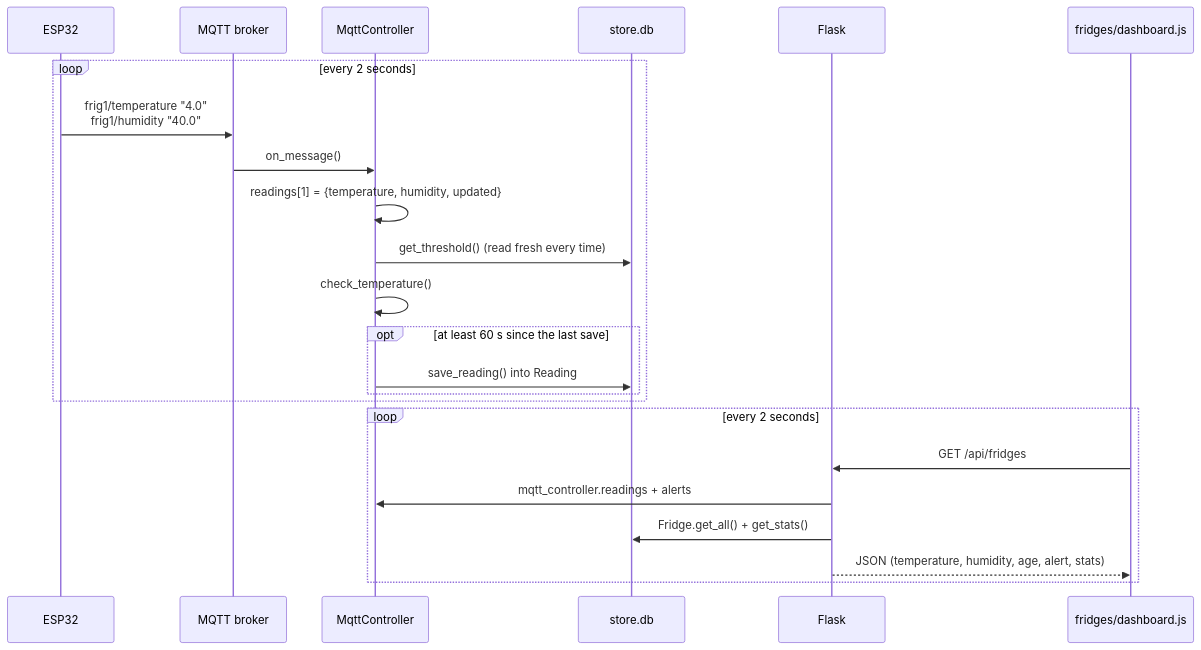
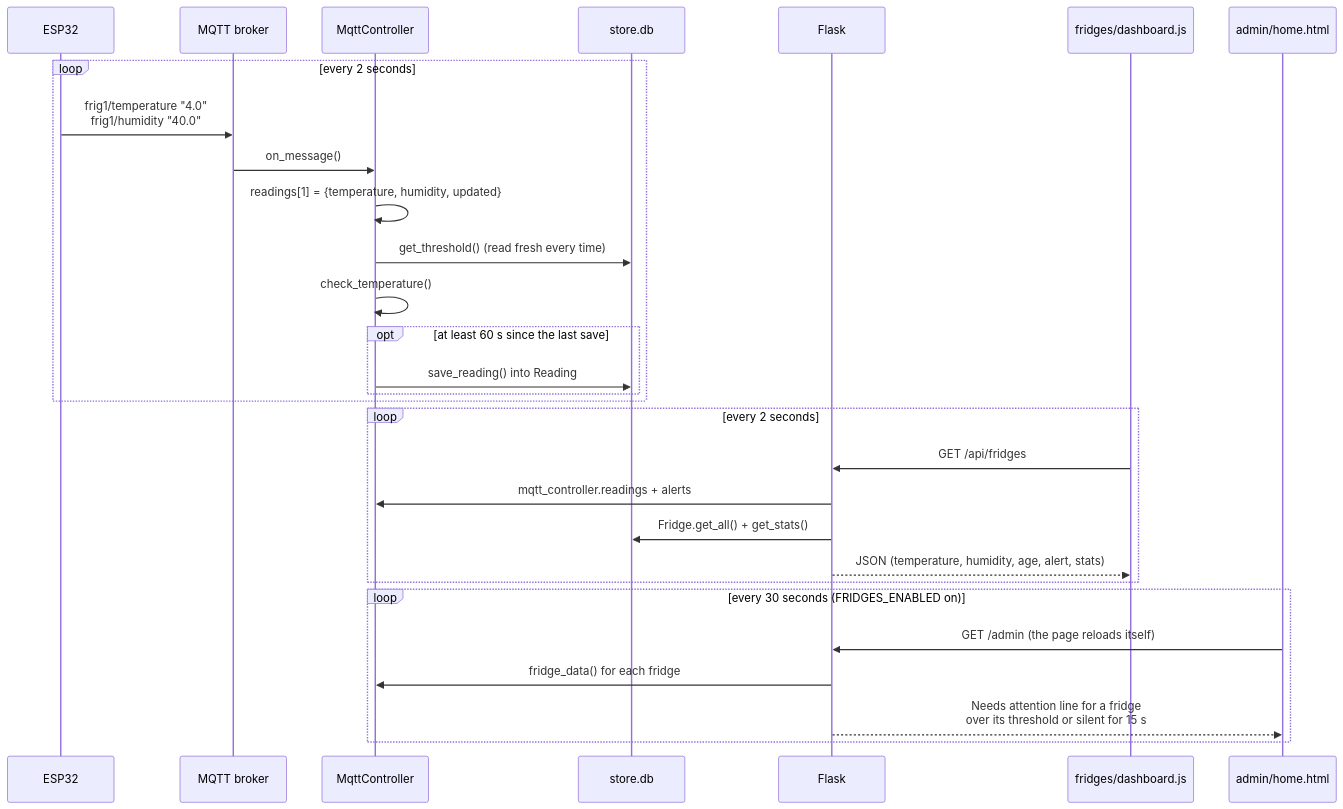
The seventh of 8 diagrams in docs/architecture.md (gvogas/IoT), drawn with Mermaid before and after one commit. The commit also changed other lines of this file and 3 other files, not shown here.

````diff
--- a/docs/architecture.md
+++ b/docs/architecture.md
@@ -248,27 +296,34 @@
 ```mermaid
 sequenceDiagram
     participant ESP as ESP32
     participant B as MQTT broker
     participant M as MqttController
     participant DB as store.db
     participant F as Flask
     participant JS as fridges/dashboard.js
+    participant AD as admin/home.html
 
     loop every 2 seconds
         ESP->>B: frig1/temperature "4.0"<br/>frig1/humidity "40.0"
         B->>M: on_message()
         M->>M: readings[1] = {temperature, humidity, updated}
         M->>DB: get_threshold() (read fresh every time)
         M->>M: check_temperature()
         opt at least 60 s since the last save
             M->>DB: save_reading() into Reading
         end
     end
 
     loop every 2 seconds
         JS->>F: GET /api/fridges
         F->>M: mqtt_controller.readings + alerts
         F->>DB: Fridge.get_all() + get_stats()
         F-->>JS: JSON (temperature, humidity, age, alert, stats)
     end
+
+    loop every 30 seconds (FRIDGES_ENABLED on)
+        AD->>F: GET /admin (the page reloads itself)
+        F->>M: fridge_data() for each fridge
+        F-->>AD: Needs attention line for a fridge<br/>over its threshold or silent for 15 s
+    end
 ```
````
